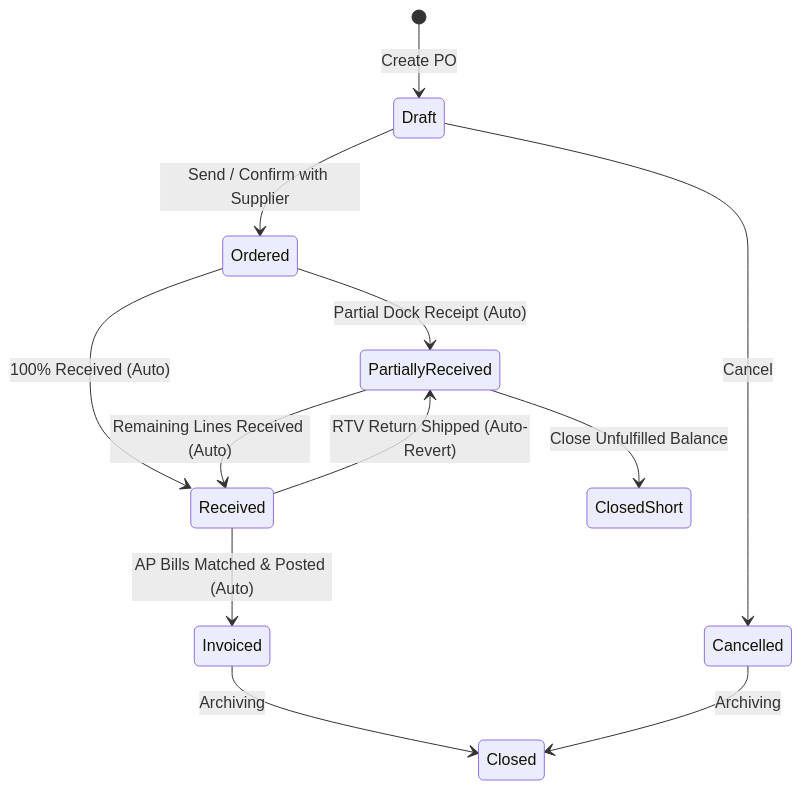
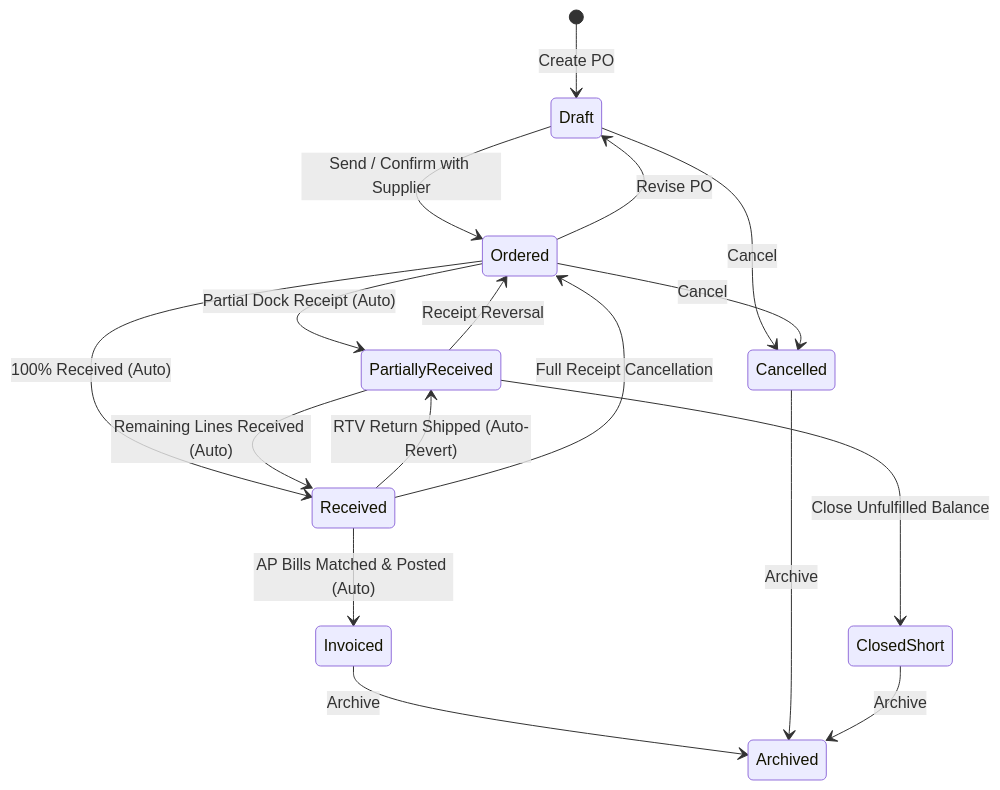
The diagram in docs/user/purchase_order_management.md (herobmdotcom/herobm), drawn with Mermaid before and after one commit. The commit also changed other lines of this file and 32 other files, not shown here.

````diff
--- a/docs/user/purchase_order_management.md
+++ b/docs/user/purchase_order_management.md
@@ -49,17 +49,23 @@
 ```mermaid
 stateDiagram-v2
     [*] --> Draft : Create PO
     Draft --> Ordered : Send / Confirm with Supplier
     Draft --> Cancelled : Cancel
 
+    Ordered --> Draft : Revise PO
     Ordered --> PartiallyReceived : Partial Dock Receipt (Auto)
     Ordered --> Received : 100% Received (Auto)
+    Ordered --> Cancelled : Cancel
+
     PartiallyReceived --> Received : Remaining Lines Received (Auto)
+    PartiallyReceived --> ClosedShort : Close Unfulfilled Balance
+    PartiallyReceived --> Ordered : Receipt Reversal
 
     Received --> Invoiced : AP Bills Matched & Posted (Auto)
-    PartiallyReceived --> ClosedShort : Close Unfulfilled Balance
     Received --> PartiallyReceived : RTV Return Shipped (Auto-Revert)
+    Received --> Ordered : Full Receipt Cancellation
 
-    Invoiced --> Closed : Archiving
-    Cancelled --> Closed : Archiving
+    Invoiced --> Archived : Archive
+    Cancelled --> Archived : Archive
+    ClosedShort --> Archived : Archive
 ```
````
